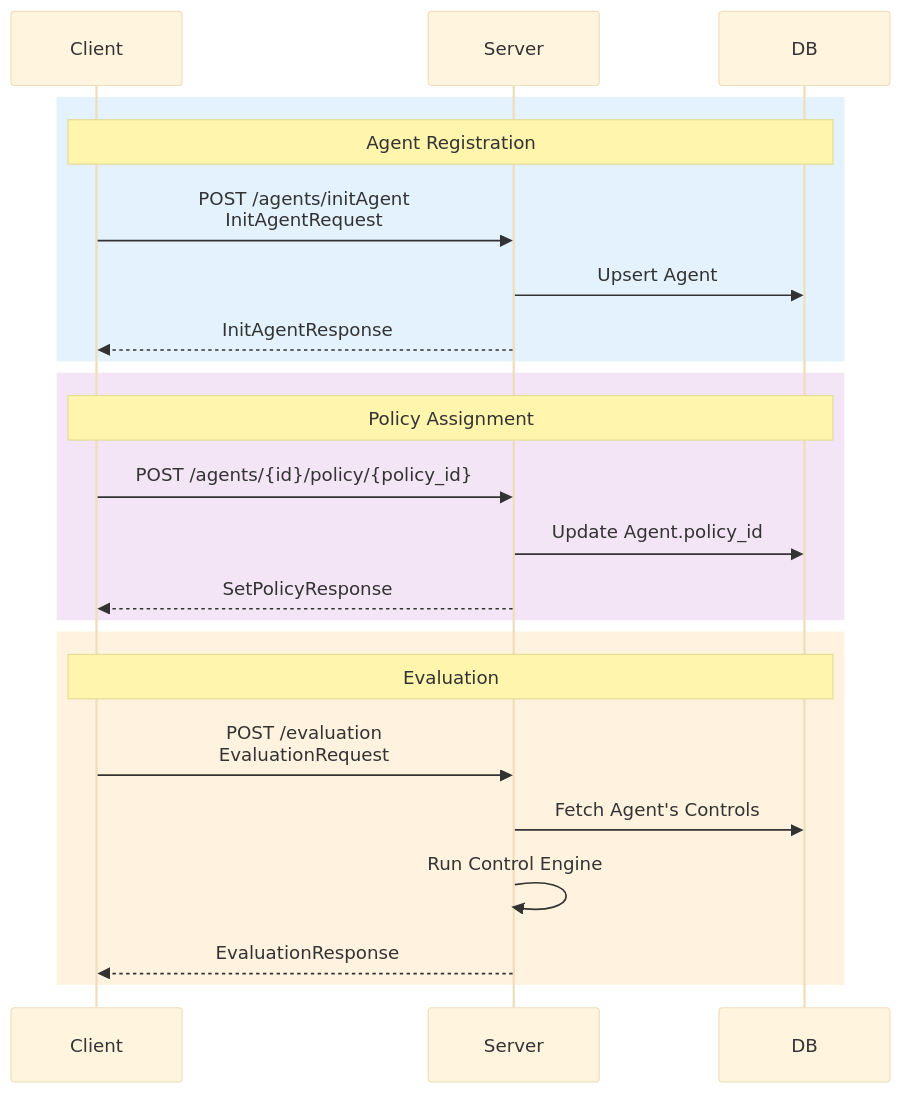
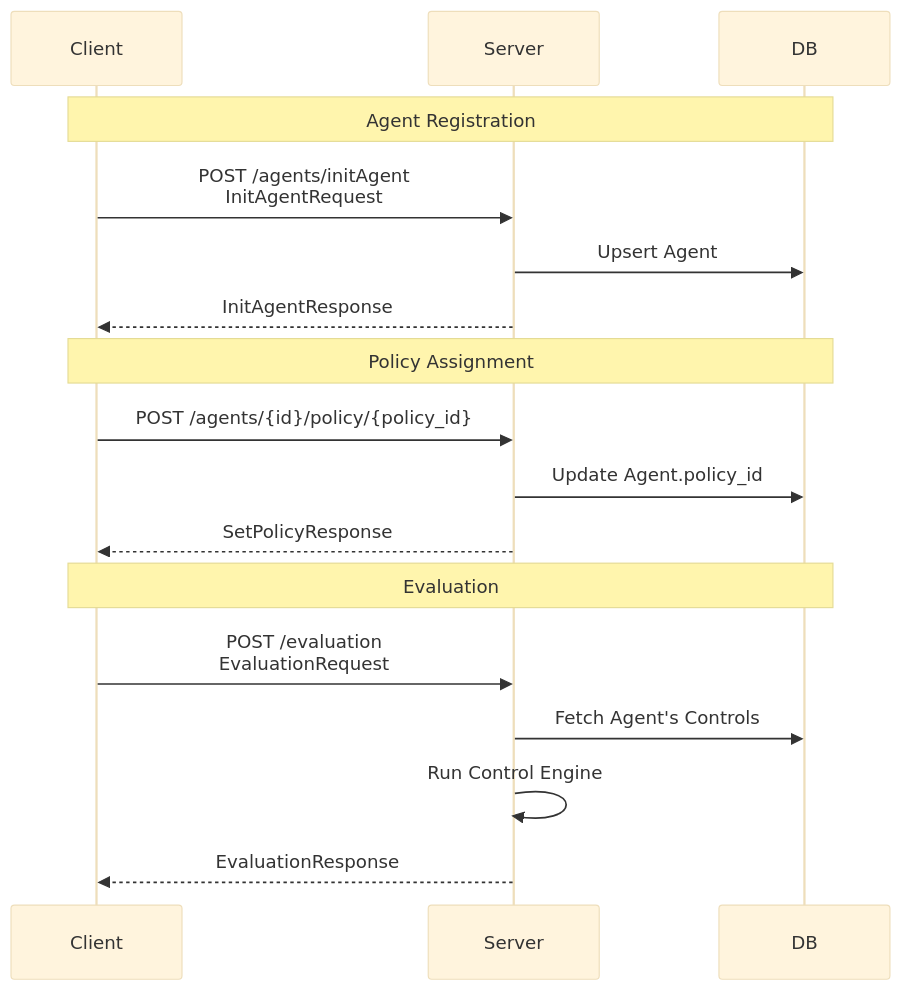
Before and after one commit to agentcontrol/agent-control: the fourth of 6 diagrams in diagrams/05-request-response-models.md, drawn with Mermaid (base theme). The commit also changed other lines of this file and 9 other files, not shown here.

````diff
--- a/diagrams/05-request-response-models.md
+++ b/diagrams/05-request-response-models.md
@@ -138,28 +138,22 @@
 ```mermaid
 sequenceDiagram
     participant Client
     participant Server
     participant DB
 
-    rect rgb(227, 242, 253)
-        Note over Client,DB: Agent Registration
+    Note over Client,DB: Agent Registration
         Client->>Server: POST /agents/initAgent<br/>InitAgentRequest
         Server->>DB: Upsert Agent
         Server-->>Client: InitAgentResponse
-    end
 
-    rect rgb(243, 229, 245)
-        Note over Client,DB: Policy Assignment
+    Note over Client,DB: Policy Assignment
         Client->>Server: POST /agents/{id}/policy/{policy_id}
         Server->>DB: Update Agent.policy_id
         Server-->>Client: SetPolicyResponse
-    end
 
-    rect rgb(255, 243, 224)
-        Note over Client,DB: Evaluation
+    Note over Client,DB: Evaluation
         Client->>Server: POST /evaluation<br/>EvaluationRequest
         Server->>DB: Fetch Agent's Controls
         Server->>Server: Run Control Engine
         Server-->>Client: EvaluationResponse
-    end
 ```
````
